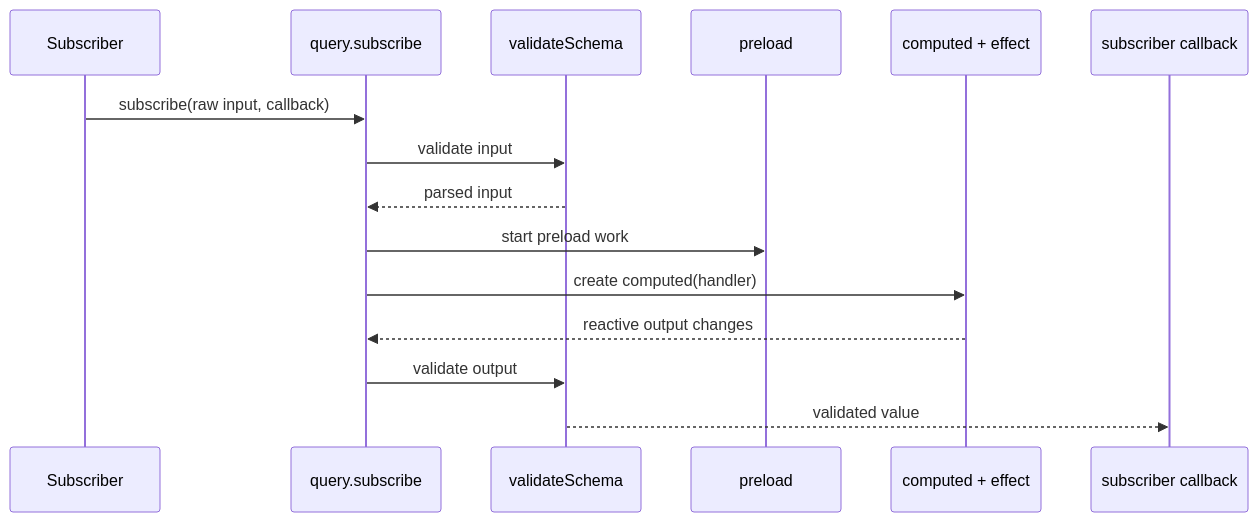
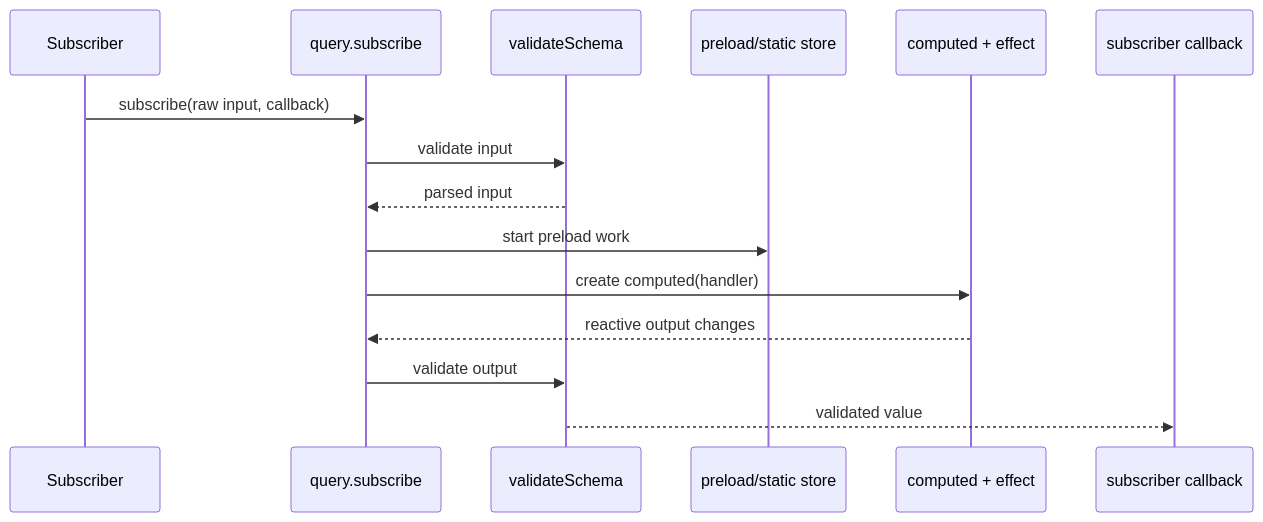
Before and after one commit to storybookjs/storybook: the third of 4 diagrams in code/core/src/shared/open-service/README.md, drawn with Mermaid. The commit also changed other lines of this file and 26 other files, not shown here.

````diff
--- a/code/core/src/shared/open-service/README.md
+++ b/code/core/src/shared/open-service/README.md
@@ -226,18 +183,18 @@
 ```mermaid
 sequenceDiagram
   participant Subscriber
   participant Runtime as query.subscribe
   participant Schema as validateSchema
-  participant Preload as preload
+  participant Preload as preload/static store
   participant Signals as computed + effect
   participant Callback as subscriber callback
 
   Subscriber->>Runtime: subscribe(raw input, callback)
   Runtime->>Schema: validate input
   Schema-->>Runtime: parsed input
   Runtime->>Preload: start preload work
   Runtime->>Signals: create computed(handler)
   Signals-->>Runtime: reactive output changes
   Runtime->>Schema: validate output
   Schema-->>Callback: validated value
 ```
````
